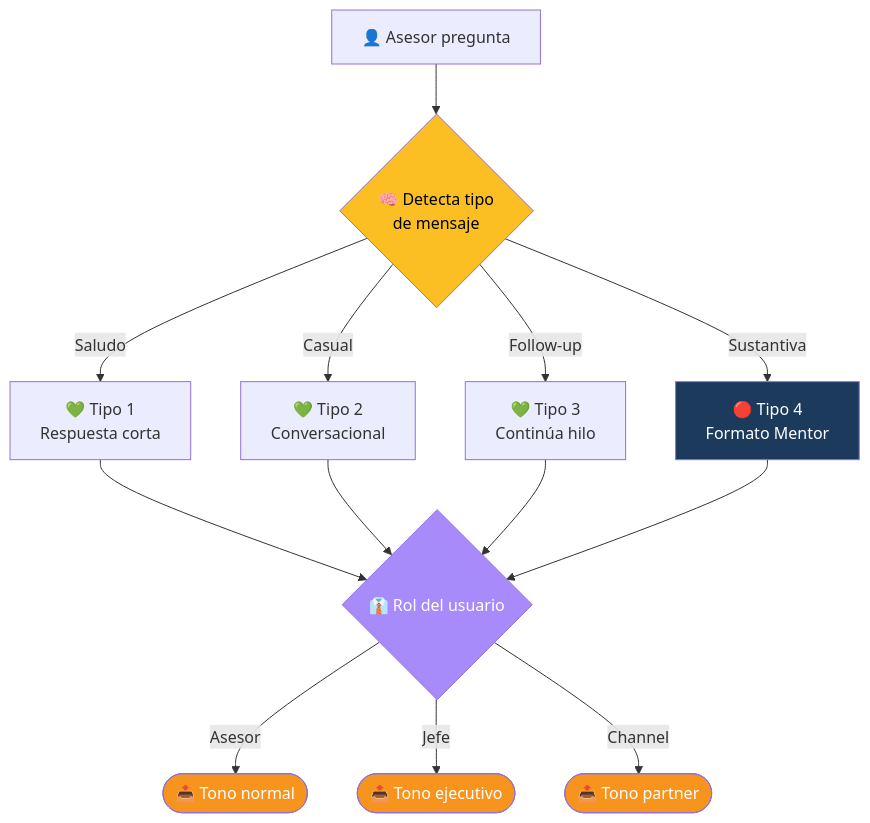
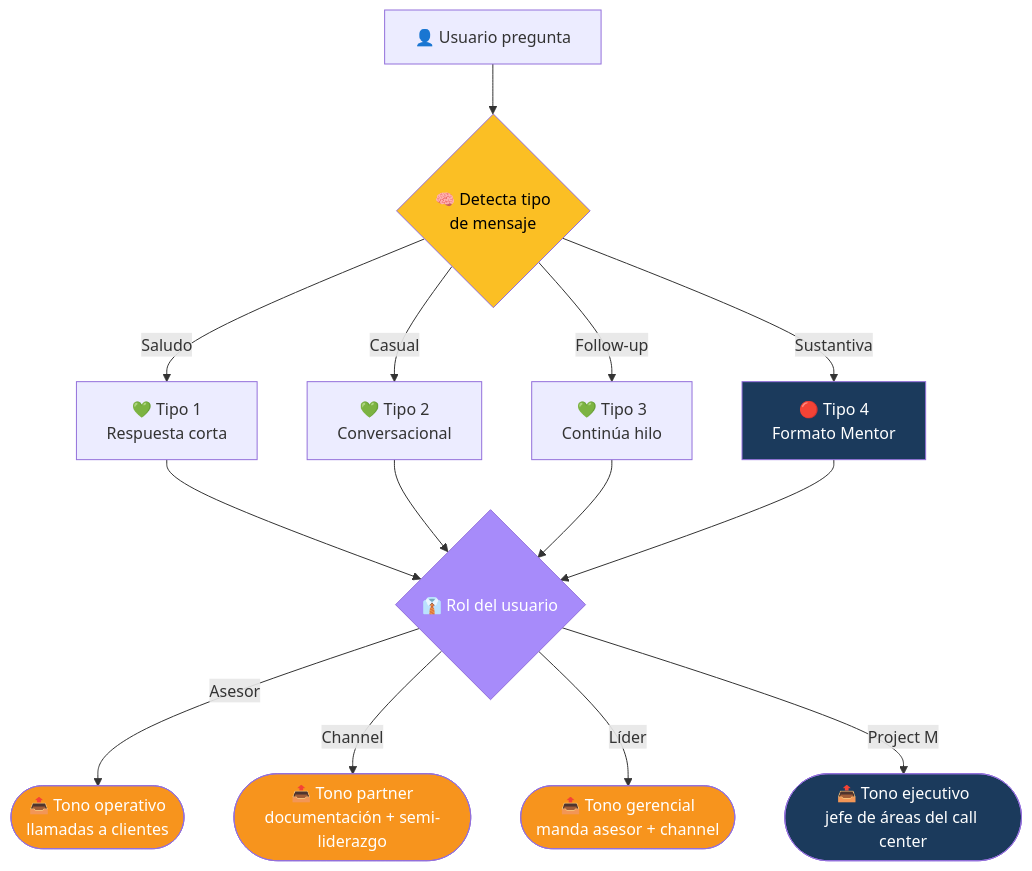
The fifth of 13 diagrams in ROADMAP.md (JnSbstnRivera/WINDMAR-AI-AGENT), drawn with Mermaid before and after one commit. The commit also changed other lines of this file and 1 other file, not shown here.

Commit message:
docs+prompt: real call-center hierarchy reflected in roles
ROADMAP (Bloque C diagram):
- Add Project M to role flow with executive tone label
- Show all 4 roles with their actual responsibilities
- Add hierarchy explanation block below diagram
- Note Calidad is separate (out of chain of command)

System prompt (api/chat.ts):
- Asesor: operativo, llamadas directas, cierre y objeciones en tiempo real
- Channel: documentación + semi-liderazgo, mixto operativo/gestión
- Líder: mando directo de Asesores + Channels del equipo, gerencial diario
- Project M: jefe de TODAS las áreas (Asesores, Channels, Líderes),
  tono ejecutivo, KPIs cross-equipo, alineación con dirección
- Note: Calidad evalúa llamadas y apoya asignación de citas (separado)

````diff
--- a/ROADMAP.md
+++ b/ROADMAP.md
@@ -115,23 +115,25 @@
 ```mermaid
 flowchart TD
-    User[👤 Asesor pregunta]
+    User[👤 Usuario pregunta]
     User --> Detect{🧠 Detecta tipo<br/>de mensaje}
     Detect -->|Saludo| T1[💚 Tipo 1<br/>Respuesta corta]
     Detect -->|Casual| T2[💚 Tipo 2<br/>Conversacional]
     Detect -->|Follow-up| T3[💚 Tipo 3<br/>Continúa hilo]
     Detect -->|Sustantiva| T4[🔴 Tipo 4<br/>Formato Mentor]
     T1 --> Role{👔 Rol del usuario}
     T2 --> Role
     T3 --> Role
     T4 --> Role
-    Role -->|Asesor| Out([📤 Tono normal])
-    Role -->|Jefe| OutJ([📤 Tono ejecutivo])
-    Role -->|Channel| OutC([📤 Tono partner])
+    Role -->|Asesor| Out([📤 Tono operativo<br/>llamadas a clientes])
+    Role -->|Channel| OutC([📤 Tono partner<br/>documentación + semi-liderazgo])
+    Role -->|Líder| OutL([📤 Tono gerencial<br/>manda asesor + channel])
+    Role -->|Project M| OutPM([📤 Tono ejecutivo<br/>jefe de áreas del call center])
 
     style Detect fill:#fbbf24,color:#000
     style T4 fill:#1B3A5C,color:#fff
     style Role fill:#a78bfa,color:#fff
     style Out fill:#F7941D,color:#fff
-    style OutJ fill:#F7941D,color:#fff
     style OutC fill:#F7941D,color:#fff
+    style OutL fill:#F7941D,color:#fff
+    style OutPM fill:#1B3A5C,color:#fff
 ```
````
